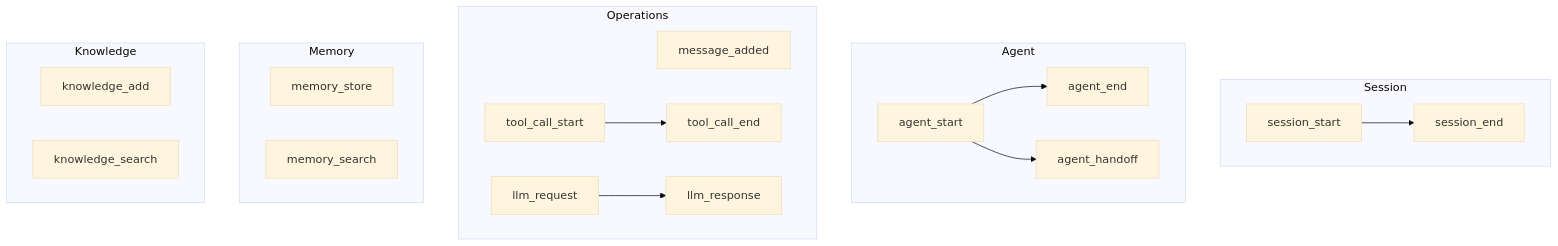
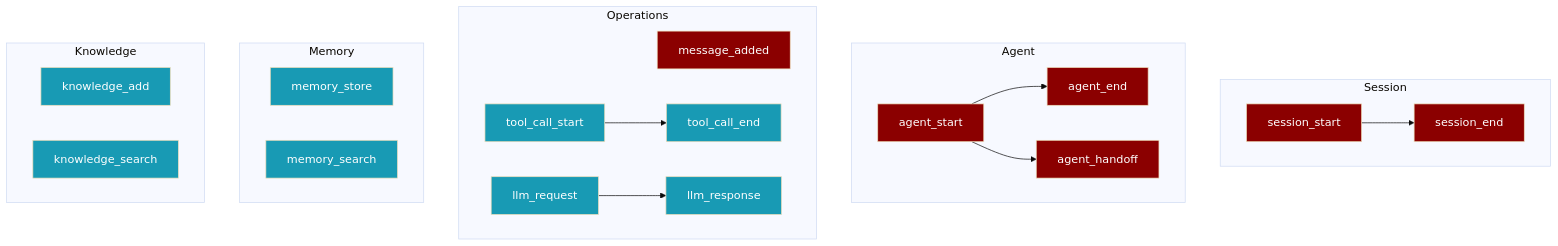
One commit to MervinPraison/PraisonAIDocs changed the third of 4 diagrams in docs/observability/custom-tracing.mdx. Above: the diagram before and after it, drawn with Mermaid (base theme). The commit also changed other lines of this file and 47 other files, not shown here.

````diff
--- a/docs/observability/custom-tracing.mdx
+++ b/docs/observability/custom-tracing.mdx
@@ -147,27 +183,30 @@
 ```mermaid
 flowchart TB
     subgraph Session
-        SS[session_start] --> SE[session_end]
+        SS[session_start]:::agent --> SE[session_end]:::agent
     end
     
     subgraph Agent
-        AS[agent_start] --> AE[agent_end]
-        AS --> AH[agent_handoff]
+        AS[agent_start]:::agent --> AE[agent_end]:::agent
+        AS --> AH[agent_handoff]:::agent
     end
     
     subgraph Operations
-        MA[message_added]
-        TS[tool_call_start] --> TE[tool_call_end]
-        LR[llm_request] --> LP[llm_response]
+        MA[message_added]:::agent
+        TS[tool_call_start]:::tool --> TE[tool_call_end]:::tool
+        LR[llm_request]:::tool --> LP[llm_response]:::tool
     end
     
     subgraph Memory
-        MS[memory_store]
-        MSE[memory_search]
+        MS[memory_store]:::tool
+        MSE[memory_search]:::tool
     end
     
     subgraph Knowledge
-        KA[knowledge_add]
-        KS[knowledge_search]
+        KA[knowledge_add]:::tool
+        KS[knowledge_search]:::tool
     end
+    
+    classDef agent fill:#8B0000,color:#fff
+    classDef tool fill:#189AB4,color:#fff
 ```
````
